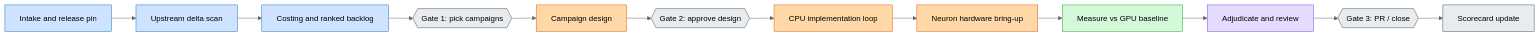
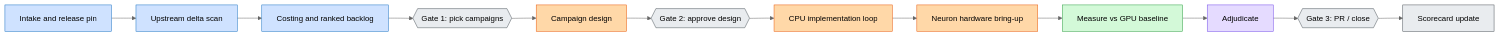
Before and after one commit to jinhuang12/pave: the first of 7 diagrams in generated-plugins/vllm-neuron-parity/README.md, drawn with Mermaid (neutral theme). The commit also changed other lines of this file and 138 other files, not shown here.

````diff
--- a/generated-plugins/vllm-neuron-parity/README.md
+++ b/generated-plugins/vllm-neuron-parity/README.md
@@ -138,24 +138,24 @@
 ```mermaid
 flowchart LR
   A[Intake and release pin] --> B[Upstream delta scan]
   B --> C[Costing and ranked backlog]
   C --> D{{Gate 1: pick campaigns}}
   D --> E[Campaign design]
   E --> F{{Gate 2: approve design}}
   F --> G[CPU implementation loop]
   G --> H[Neuron hardware bring-up]
   H --> I[Measure vs GPU baseline]
-  I --> J[Adjudicate and review]
+  I --> J[Adjudicate]
   J --> K{{Gate 3: PR / close}}
   K --> L[Scorecard update]
   class A,B,C cInv
   class E,G,H cImpl
   class I cMeas
   class J cAdj
   class D,F,K,L cGate
   classDef cInv fill:#cfe2ff,stroke:#1971c2,color:#000
   classDef cImpl fill:#ffd8a8,stroke:#e8590c,color:#000
   classDef cMeas fill:#d3f9d8,stroke:#2f9e44,color:#000
   classDef cAdj fill:#e5dbff,stroke:#7048e8,color:#000
   classDef cGate fill:#e9ecef,stroke:#495057,color:#000
 ```
````
